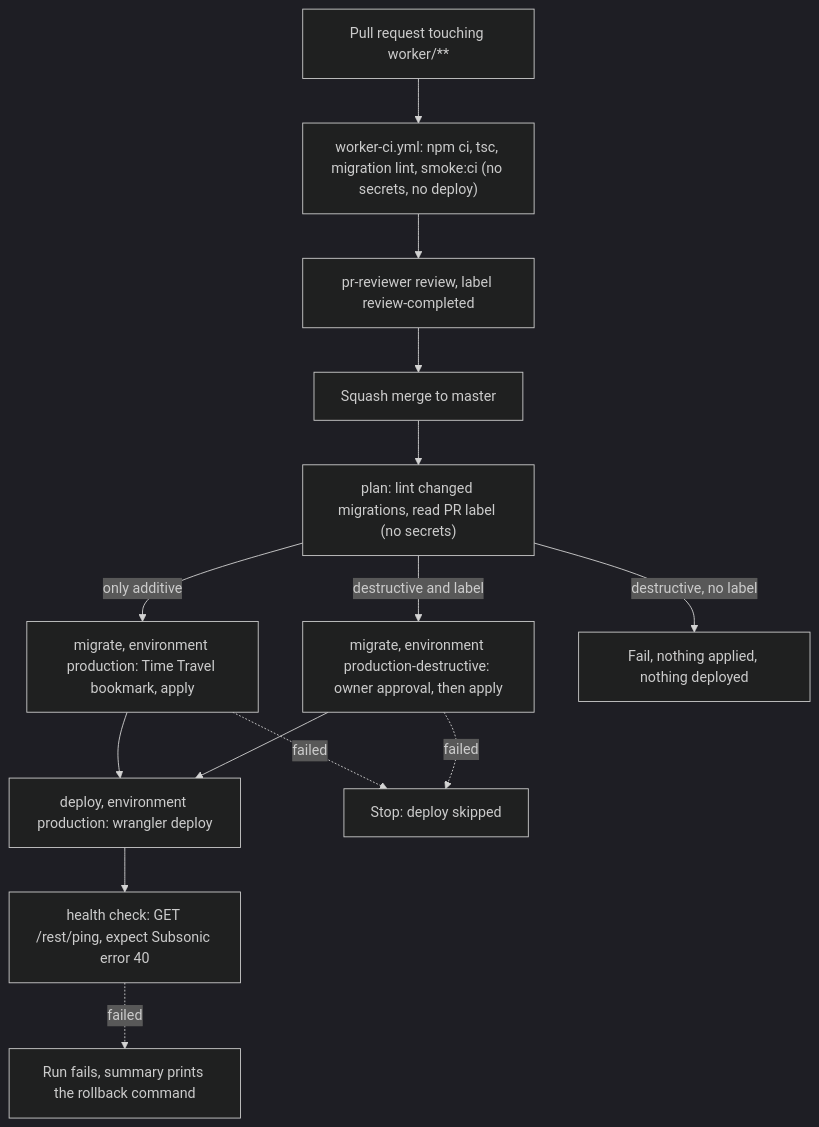
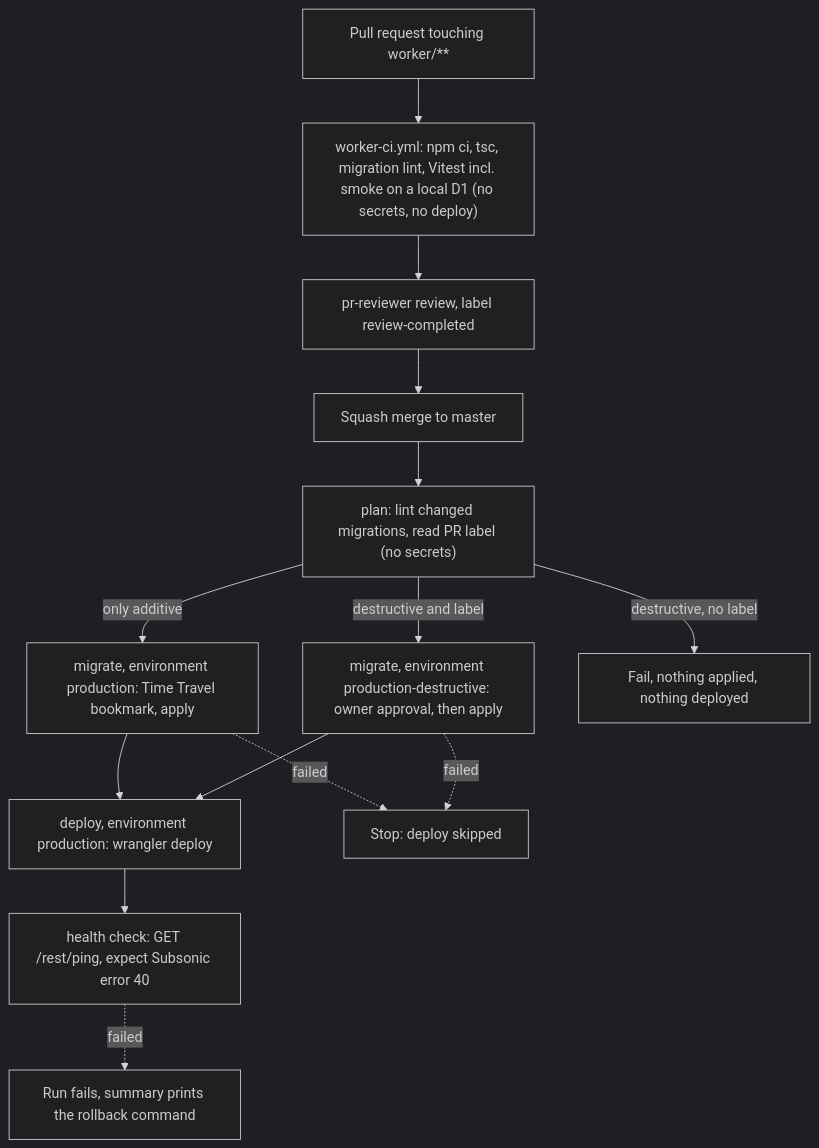
Before and after one commit to kolenkainc/cowlic: the diagram in docs/worker-cicd.md, drawn with Mermaid (dark theme). The commit also changed other lines of this file and 16 other files, not shown here.

First line of the commit message:
test(worker): move the smoke and workflow checks to Vitest (#296)

````diff
--- a/docs/worker-cicd.md
+++ b/docs/worker-cicd.md
@@ -24,16 +24,16 @@
 ```mermaid
 flowchart TD
-  PR[Pull request touching worker/**] --> CI["worker-ci.yml: npm ci, tsc, migration lint, smoke:ci (no secrets, no deploy)"]
+  PR[Pull request touching worker/**] --> CI["worker-ci.yml: npm ci, tsc, migration lint, Vitest incl. smoke on a local D1 (no secrets, no deploy)"]
   CI --> REV[pr-reviewer review, label review-completed]
   REV --> MERGE[Squash merge to master]
   MERGE --> PLAN["plan: lint changed migrations, read PR label (no secrets)"]
   PLAN -->|only additive| MIG["migrate, environment production: Time Travel bookmark, apply"]
   PLAN -->|destructive and label| MIGD["migrate, environment production-destructive: owner approval, then apply"]
   PLAN -->|destructive, no label| FAIL1[Fail, nothing applied, nothing deployed]
   MIG --> DEP["deploy, environment production: wrangler deploy"]
   MIGD --> DEP
   MIG -. failed .-> STOP[Stop: deploy skipped]
   MIGD -. failed .-> STOP
   DEP --> HC["health check: GET /rest/ping, expect Subsonic error 40"]
   HC -. failed .-> RB[Run fails, summary prints the rollback command]
 ```
````
